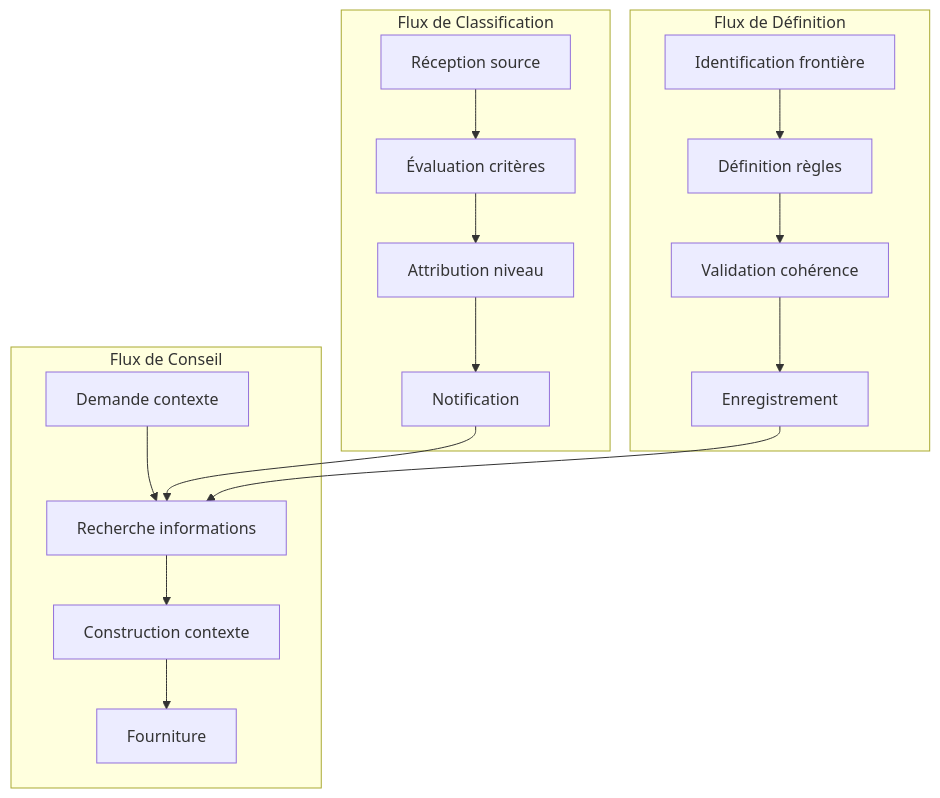
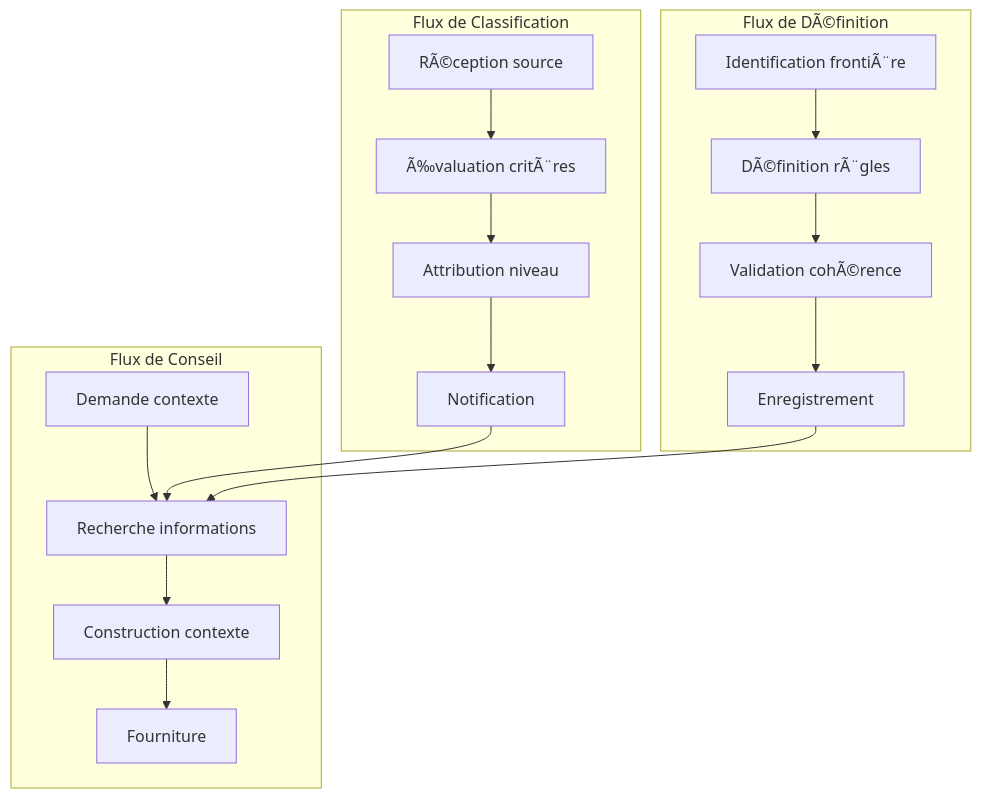
The second of 5 diagrams in docs/cores/BorderGuard/architecture/Border Guard - Architecture & Flows.md (StudioMiyukini/miyukini_cog), drawn with Mermaid before and after one commit. The commit also changed other lines of this file and 1287 other files, not shown here.

````diff
--- a/docs/cores/BorderGuard/architecture/Border Guard - Architecture & Flows.md
+++ b/docs/cores/BorderGuard/architecture/Border Guard - Architecture & Flows.md
@@ -159,30 +159,30 @@
 ```mermaid
 graph TB
     subgraph FluxClass[Flux de Classification]
-        CL1[Réception source]
-        CL2[Évaluation critères]
+        CL1[RÃ©ception source]
+        CL2[Ã‰valuation critÃ¨res]
         CL3[Attribution niveau]
         CL4[Notification]
     end
 
-    subgraph FluxDef[Flux de Définition]
-        DF1[Identification frontière]
-        DF2[Définition règles]
-        DF3[Validation cohérence]
+    subgraph FluxDef[Flux de DÃ©finition]
+        DF1[Identification frontiÃ¨re]
+        DF2[DÃ©finition rÃ¨gles]
+        DF3[Validation cohÃ©rence]
         DF4[Enregistrement]
     end
 
     subgraph FluxCons[Flux de Conseil]
         CO1[Demande contexte]
         CO2[Recherche informations]
         CO3[Construction contexte]
         CO4[Fourniture]
     end
 
     CL1 --> CL2 --> CL3 --> CL4
     DF1 --> DF2 --> DF3 --> DF4
     CO1 --> CO2 --> CO3 --> CO4
 
     CL4 --> CO2
     DF4 --> CO2
 ```
````
